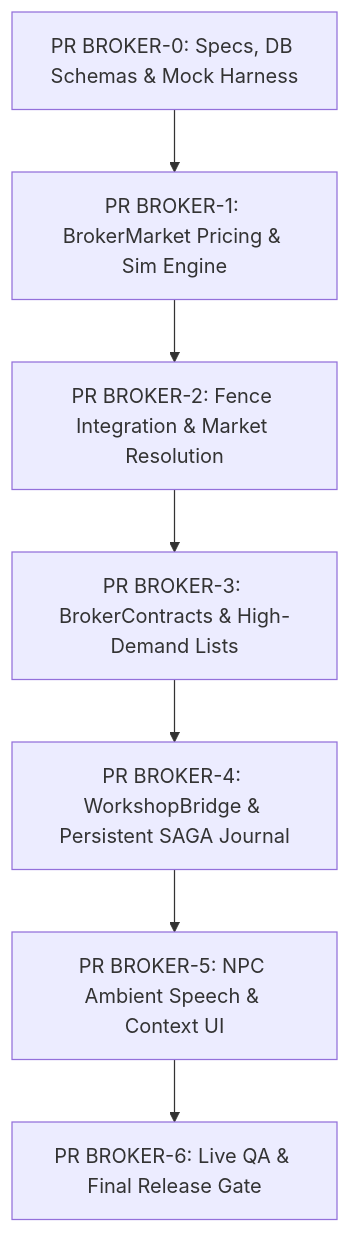
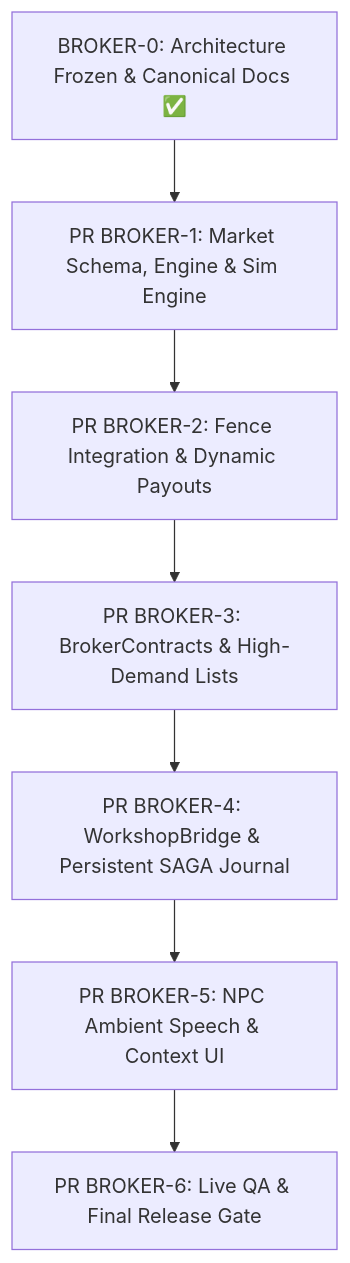
One commit to vinicius3232/vp_chopshop changed the diagram in docs/BROKER_IMPLEMENTATION_ROADMAP.md. Above: the diagram before and after it, drawn with Mermaid. The commit also changed other lines of this file and 8 other files, not shown here.

Commit message:
feat(broker): dynamic market engine, lazy recovery and economic simulation (v1.17-BROKER-1)

````diff
--- a/docs/BROKER_IMPLEMENTATION_ROADMAP.md
+++ b/docs/BROKER_IMPLEMENTATION_ROADMAP.md
@@ -78,9 +78,9 @@
 ```mermaid
 graph TD
-    B0[PR BROKER-0: Specs, DB Schemas & Mock Harness] --> B1[PR BROKER-1: BrokerMarket Pricing & Sim Engine]
-    B1 --> B2[PR BROKER-2: Fence Integration & Market Resolution]
+    B0[BROKER-0: Architecture Frozen & Canonical Docs ✅] --> B1[PR BROKER-1: Market Schema, Engine & Sim Engine]
+    B1 --> B2[PR BROKER-2: Fence Integration & Dynamic Payouts]
     B2 --> B3[PR BROKER-3: BrokerContracts & High-Demand Lists]
     B3 --> B4[PR BROKER-4: WorkshopBridge & Persistent SAGA Journal]
     B4 --> B5[PR BROKER-5: NPC Ambient Speech & Context UI]
     B5 --> B6[PR BROKER-6: Live QA & Final Release Gate]
 ```
````
